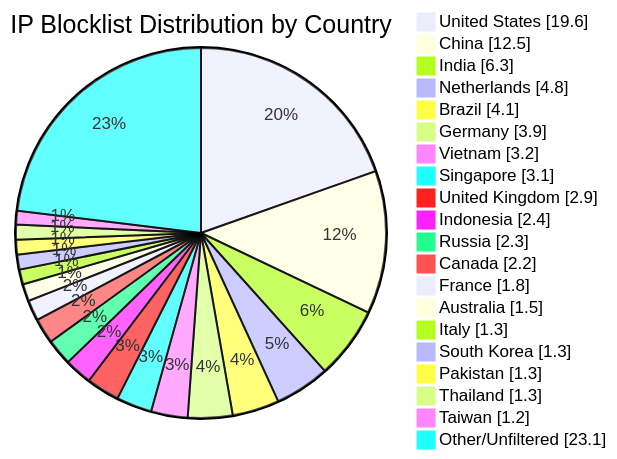
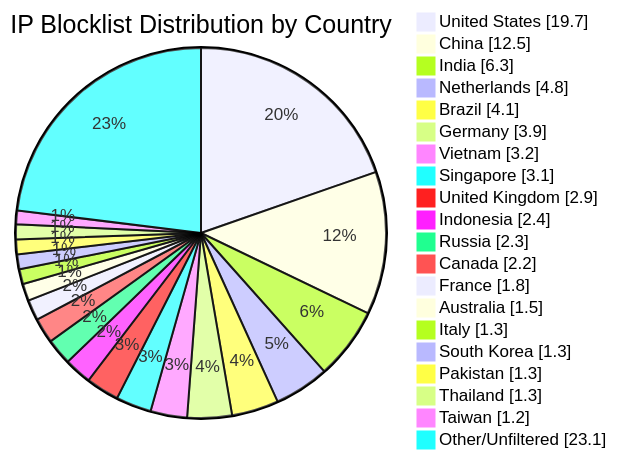
Before and after one commit to dewdmadbro/ip-blocklist-dewd: the diagram in README.md, drawn with Mermaid. The commit also changed other lines of this file and 52 other files, not shown here.

````diff
--- a/README.md
+++ b/README.md
@@ -34,23 +34,23 @@
 ```mermaid
 pie showData title IP Blocklist Distribution by Country
-"United States" : 19.6
+"United States" : 19.7
 "China" : 12.5
 "India" : 6.3
 "Netherlands" : 4.8
 "Brazil" : 4.1
 "Germany" : 3.9
 "Vietnam" : 3.2
 "Singapore" : 3.1
 "United Kingdom" : 2.9
 "Indonesia" : 2.4
 "Russia" : 2.3
 "Canada" : 2.2
 "France" : 1.8
 "Australia" : 1.5
 "Italy" : 1.3
 "South Korea" : 1.3
 "Pakistan" : 1.3
 "Thailand" : 1.3
 "Taiwan" : 1.2
 "Other/Unfiltered" : 23.1
 ```
````
